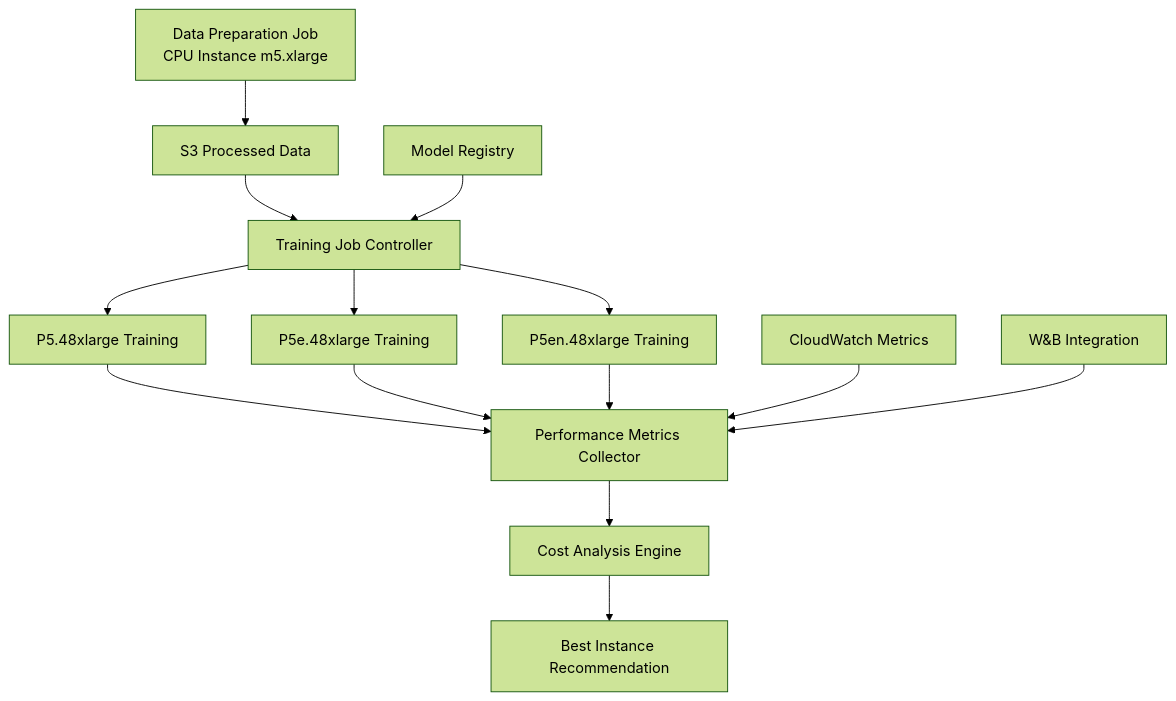
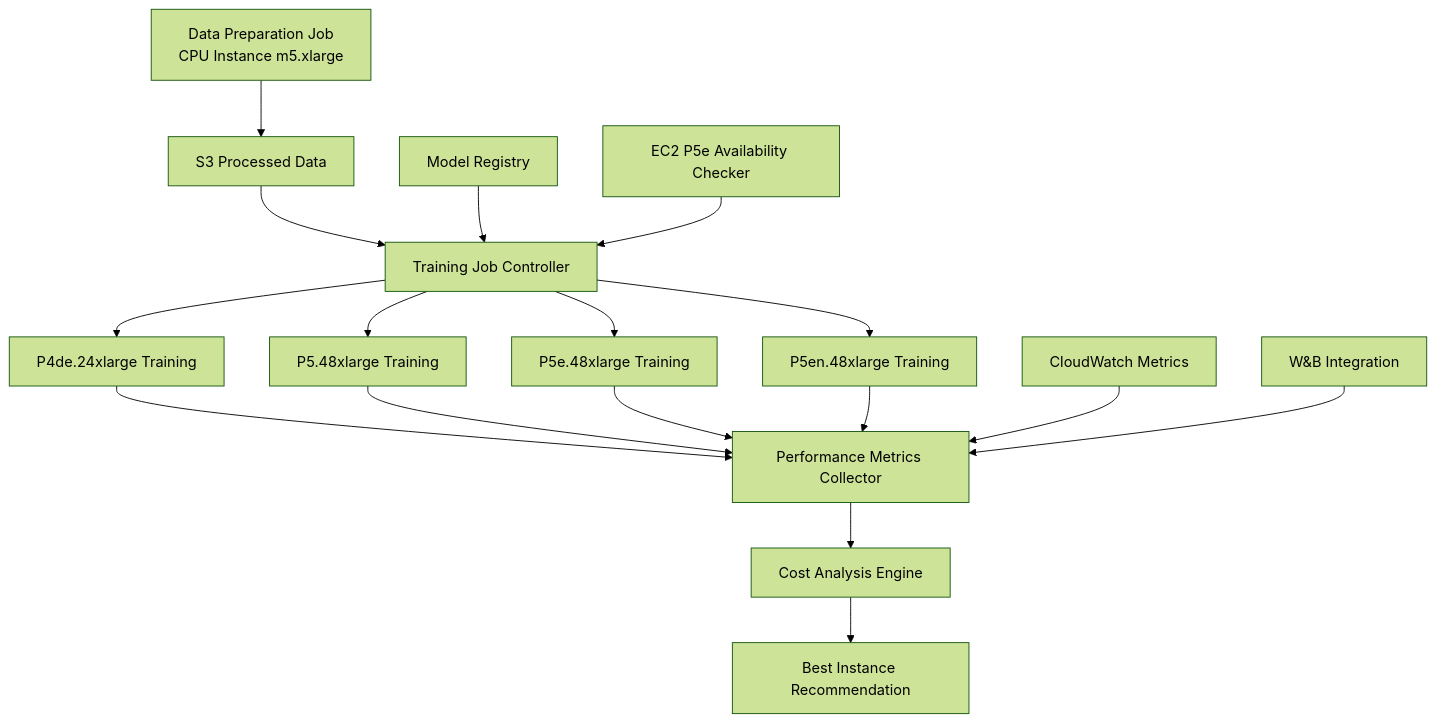
One commit to sarelWeinberger/qwen-hebrew-finetuning changed the diagram in SAGEMAKER_MIGRATION_PLAN.md. Above: the diagram before and after it, drawn with Mermaid (forest theme). The commit also changed other lines of this file and 4 other files, not shown here.

````diff
--- a/SAGEMAKER_MIGRATION_PLAN.md
+++ b/SAGEMAKER_MIGRATION_PLAN.md
@@ -11,20 +12,23 @@
 ```mermaid
 graph TB
     A[Data Preparation Job<br/>CPU Instance m5.xlarge] --> B[S3 Processed Data]
     B --> C[Training Job Controller]
     
-    C --> D[P5.48xlarge Training]
-    C --> E[P5e.48xlarge Training]
-    C --> F[P5en.48xlarge Training]
+    C --> D[P4de.24xlarge Training]
+    C --> E[P5.48xlarge Training]
+    C --> F[P5e.48xlarge Training]
+    C --> G[P5en.48xlarge Training]
     
-    D --> G[Performance Metrics Collector]
-    E --> G
-    F --> G
+    D --> H[Performance Metrics Collector]
+    E --> H
+    F --> H
+    G --> H
     
-    G --> H[Cost Analysis Engine]
-    H --> I[Best Instance Recommendation]
+    H --> I[Cost Analysis Engine]
+    I --> J[Best Instance Recommendation]
     
-    J[Model Registry] --> C
-    K[CloudWatch Metrics] --> G
-    L[W&B Integration] --> G
+    K[Model Registry] --> C
+    L[CloudWatch Metrics] --> H
+    M[W&B Integration] --> H
+    N[EC2 P5e Availability Checker] --> C
 ```
````
